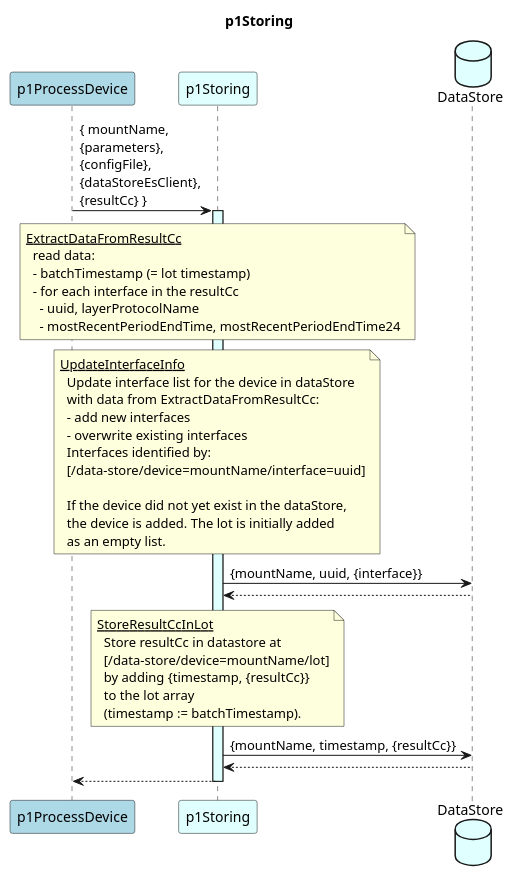
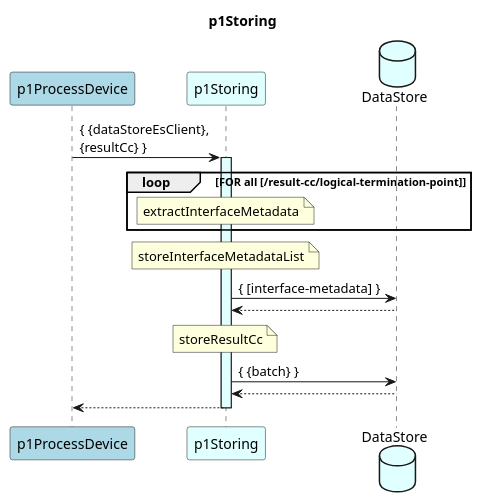
One commit to openBackhaul/DevicePerformanceManagementDataProcessor changed the diagram in spec/Functions/p1StreamPmData/p1ProcessDevice/p1Storing/1.0.0/p1Storing.plantuml. Above: the diagram before and after it, drawn with PlantUML. The commit also changed 18 other files, not shown here.

```diff
--- a/spec/Functions/p1StreamPmData/p1ProcessDevice/p1Storing/1.0.0/p1Storing.plantuml
+++ b/spec/Functions/p1StreamPmData/p1ProcessDevice/p1Storing/1.0.0/p1Storing.plantuml
@@ -1,56 +1,38 @@
 @startuml p1Storing
 skinparam responseMessageBelowArrow true
 
 title
   p1Storing
 end title
 
 participant "p1ProcessDevice" as requestor #LightBlue
 participant "p1Storing" as cur #LightCyan
 database "DataStore" as ds #LightCyan
 
 
-requestor -> cur : { mountName,\n{parameters},\n{configFile},\n{dataStoreEsClient},\n{resultCc} }
+requestor -> cur : { {dataStoreEsClient},\n{resultCc} }
 activate cur #LightCyan
 
-  note over cur
-    <u>ExtractDataFromResultCc</u>
-      read data:
-      - batchTimestamp (= lot timestamp)
-      - for each interface in the resultCc
-        - uuid, layerProtocolName
-        - mostRecentPeriodEndTime, mostRecentPeriodEndTime24
-  end note
+  loop FOR all [/result-cc/logical-termination-point]
+    note over cur
+      extractInterfaceMetadata
+    end note
+  end loop
 
   note over cur
-    <u>UpdateInterfaceInfo</u>
-      Update interface list for the device in dataStore
-      with data from ExtractDataFromResultCc:
-      - add new interfaces
-      - overwrite existing interfaces
-      Interfaces identified by:
-      [/data-store/device=mountName/interface=uuid]
-
-      If the device did not yet exist in the dataStore,
-      the device is added. The lot is initially added
-      as an empty list.
+    storeInterfaceMetadataList
   end note
-  cur -> ds: {mountName, uuid, {interface}}
+  cur -> ds: { [interface-metadata] }
   cur <-- ds
 
   note over cur
-    <u>StoreResultCcInLot</u>
-      Store resultCc in datastore at
-      [/data-store/device=mountName/lot]
-      by adding {timestamp, {resultCc}}
-      to the lot array
-      (timestamp := batchTimestamp).
+    storeResultCc
   end note
-  cur -> ds: {mountName, timestamp, {resultCc}}
+  cur -> ds: { {batch} }
   cur <-- ds
 
 requestor <-- cur
 
 deactivate cur
 
 @enduml
```
